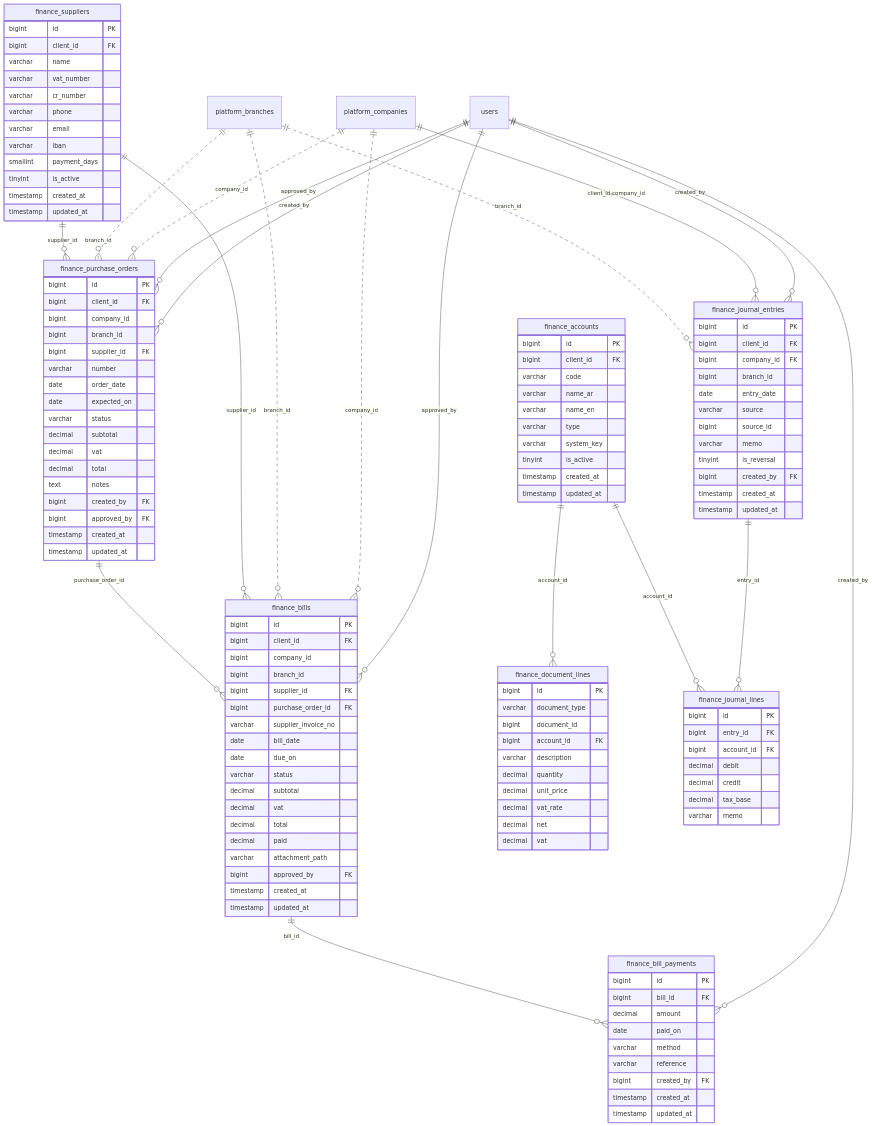
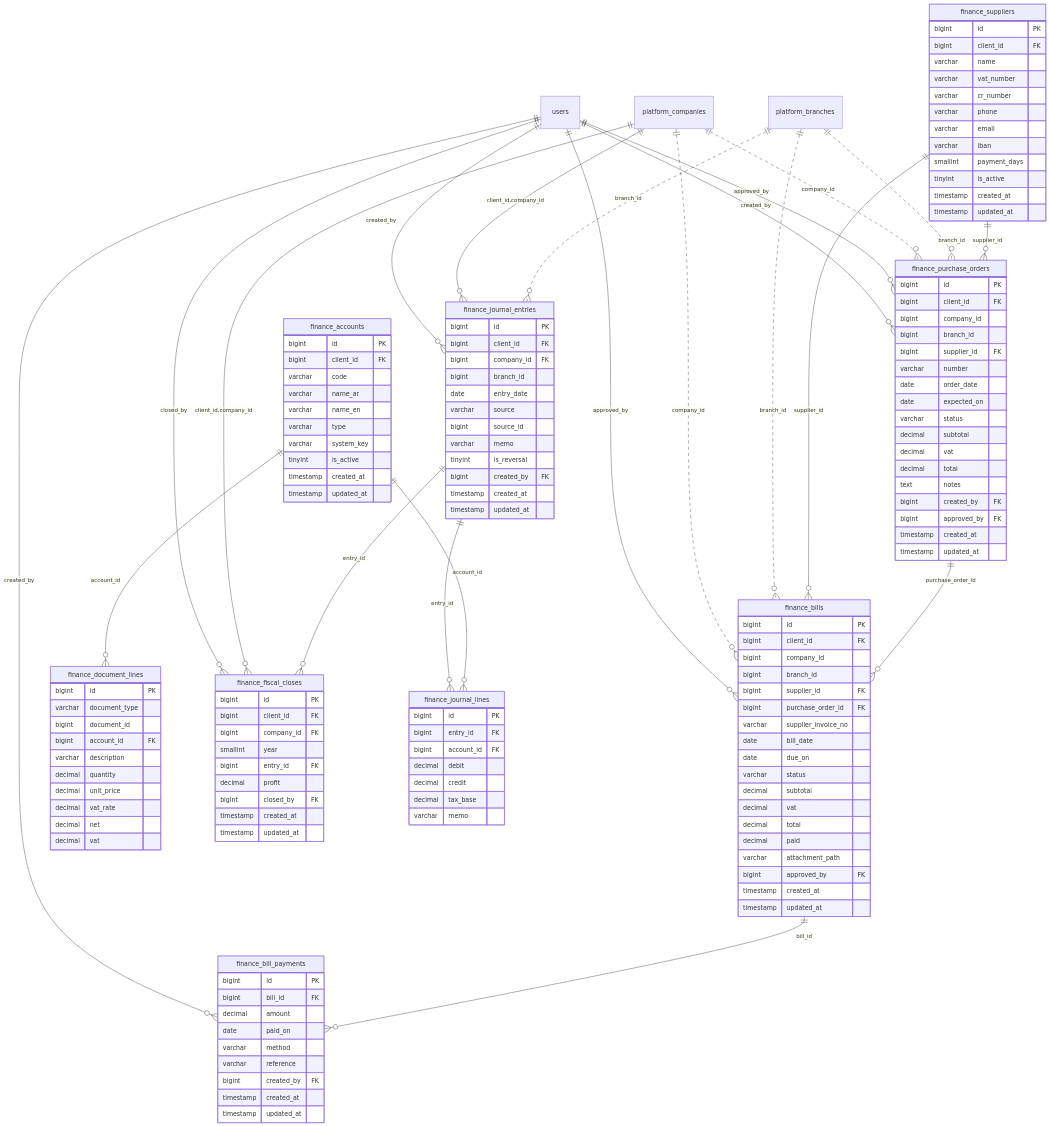
Before and after one commit to baydaqtech/Baydaq: the eighth of 9 diagrams in docs/ER.md, drawn with Mermaid. The commit also changed other lines of this file and 328 other files, not shown here.

```diff
--- a/docs/ER.md
+++ b/docs/ER.md
@@ -2297,6 +2358,17 @@
         decimal vat_rate
         decimal net
         decimal vat
+    }
+    finance_fiscal_closes {
+        bigint id PK
+        bigint client_id FK
+        bigint company_id FK
+        smallint year
+        bigint entry_id FK
+        decimal profit
+        bigint closed_by FK
+        timestamp created_at
+        timestamp updated_at
     }
     finance_journal_entries {
         bigint id PK
@@ -2360,6 +2432,7 @@
     finance_accounts ||--o{ finance_document_lines : "account_id"
     finance_accounts ||--o{ finance_journal_lines : "account_id"
     finance_bills ||--o{ finance_bill_payments : "bill_id"
+    finance_journal_entries ||--o{ finance_fiscal_closes : "entry_id"
     finance_journal_entries ||--o{ finance_journal_lines : "entry_id"
     finance_purchase_orders ||--o{ finance_bills : "purchase_order_id"
     finance_suppliers ||--o{ finance_bills : "supplier_id"
@@ -2367,11 +2440,13 @@
     platform_branches ||..o{ finance_bills : "branch_id"
     platform_branches ||..o{ finance_journal_entries : "branch_id"
     platform_branches ||..o{ finance_purchase_orders : "branch_id"
+    platform_companies ||--o{ finance_fiscal_closes : "client_id,company_id"
     platform_companies ||--o{ finance_journal_entries : "client_id,company_id"
     platform_companies ||..o{ finance_bills : "company_id"
     platform_companies ||..o{ finance_purchase_orders : "company_id"
     users ||--o{ finance_bill_payments : "created_by"
     users ||--o{ finance_bills : "approved_by"
+    users ||--o{ finance_fiscal_closes : "closed_by"
     users ||--o{ finance_journal_entries : "created_by"
     users ||--o{ finance_purchase_orders : "approved_by"
     users ||--o{ finance_purchase_orders : "created_by"
```
